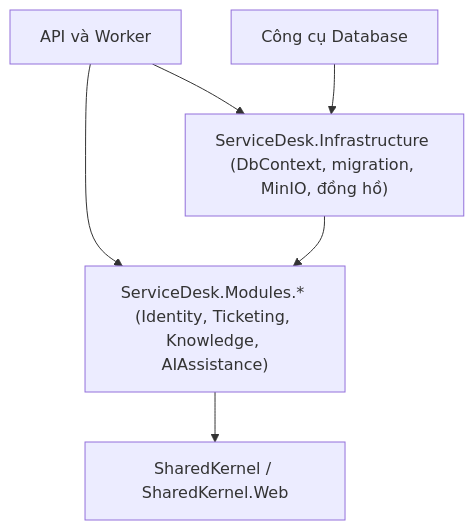
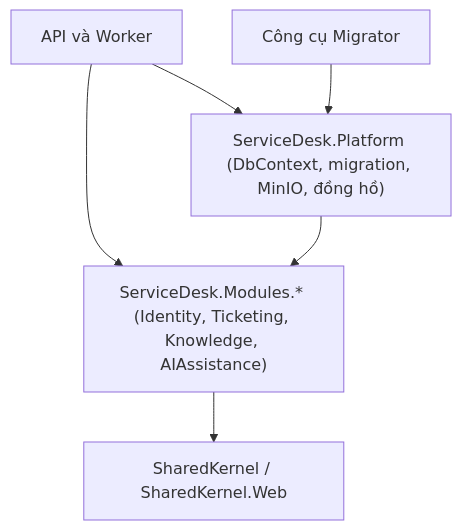
Before and after one commit to supportflow-ai/ai-it-service-desk: the diagram in docs/architecture/backend-modules-and-use-cases.md, drawn with Mermaid. The commit also changed other lines of this file and 19 other files, not shown here.

````diff
--- a/docs/architecture/backend-modules-and-use-cases.md
+++ b/docs/architecture/backend-modules-and-use-cases.md
@@ -9,8 +9,8 @@
 ```mermaid
 flowchart TD
     Hosts["API và Worker"] --> Modules["ServiceDesk.Modules.* (Identity, Ticketing, Knowledge, AIAssistance)"]
-    Hosts --> Infrastructure["ServiceDesk.Infrastructure (DbContext, migration, MinIO, đồng hồ)"]
-    Database["Công cụ Database"] --> Infrastructure
-    Infrastructure --> Modules
+    Hosts --> Platform["ServiceDesk.Platform (DbContext, migration, MinIO, đồng hồ)"]
+    Migrator["Công cụ Migrator"] --> Platform
+    Platform --> Modules
     Modules --> SharedKernel["SharedKernel / SharedKernel.Web"]
 ```
````
